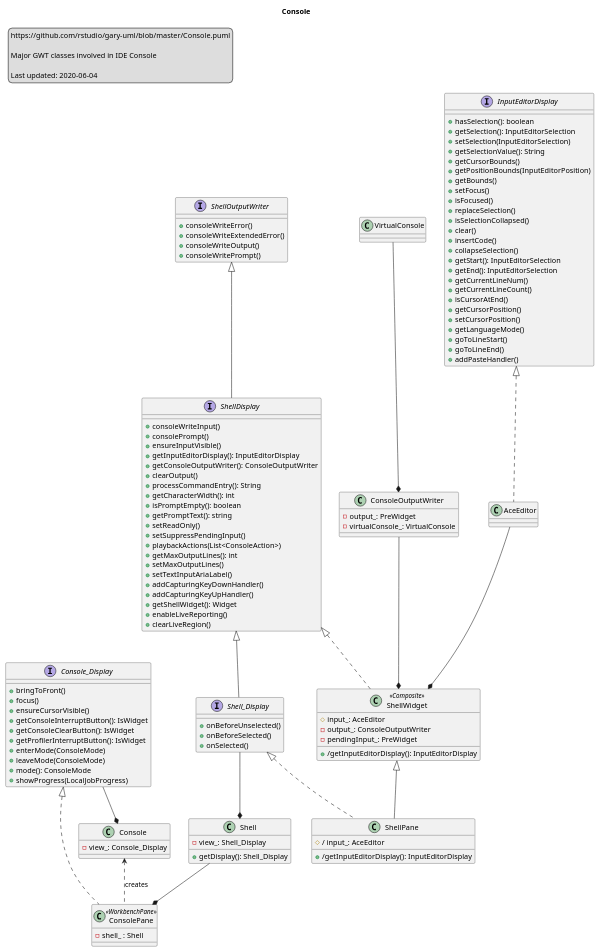
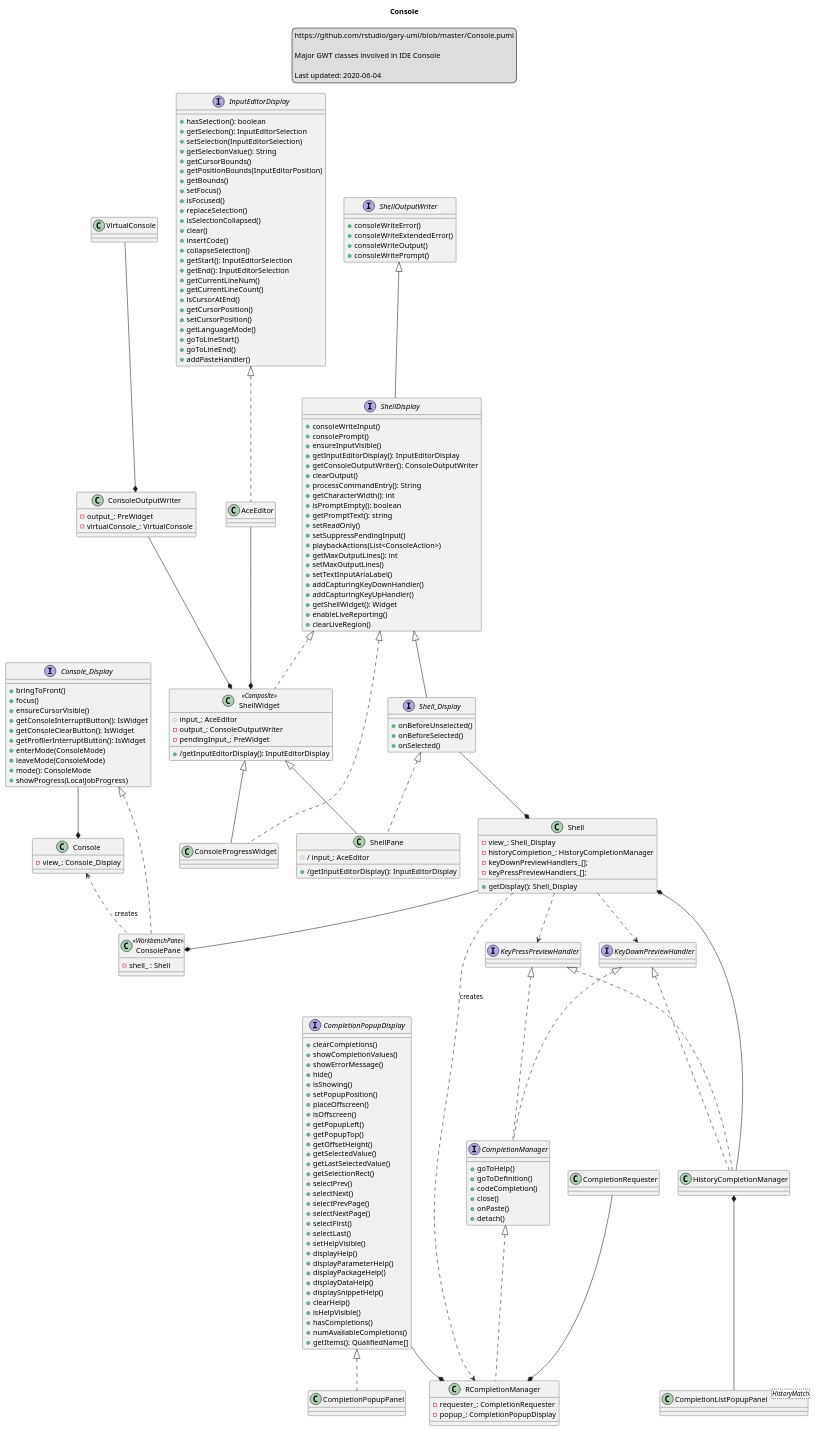
One commit to isabella232/gary-uml changed the diagram in Console.puml. Above: the diagram before and after it, drawn with PlantUML. The commit also changed 3 other files, not shown here.

Commit message:
update Console diagram with more details

```diff
--- a/Console.puml
+++ b/Console.puml
@@ -1,7 +1,7 @@
 @startuml
 title Console
 
-legend top left
+legend top
 https://github.com/rstudio/gary-uml/blob/master/Console.puml
 
 Major GWT classes involved in IDE Console
@@ -104,6 +104,9 @@
 
 class Shell {
     - view_: Shell_Display
+    - historyCompletion_: HistoryCompletionManager
+    - keyDownPreviewHandlers_[];
+    - keyPressPreviewHandlers_[];
     + getDisplay(): Shell_Display
 }
 
@@ -137,9 +140,92 @@
 class AceEditor
 InputEditorDisplay <|.. AceEditor
 
+class ConsoleProgressWidget
+ShellWidget <|-- ConsoleProgressWidget
+ShellDisplay <|.. ConsoleProgressWidget
+
 AceEditor --* ShellWidget
 ConsoleOutputWriter --* ShellWidget
 Console <.. ConsolePane : creates
 
+' Completion features
+'''''''''''''''''''''''''''''''''''
+
+class CompletionRequester
+
+interface KeyDownPreviewHandler
+interface KeyPressPreviewHandler
+
+interface CompletionManager {
+   + goToHelp()
+   + goToDefinition()
+   + codeCompletion()
+   + close()
+   + onPaste()
+   + detach()
+}
+
+KeyDownPreviewHandler <|.. CompletionManager
+KeyPressPreviewHandler <|.. CompletionManager
+
+class RCompletionManager {
+    - requester_: CompletionRequester
+    - popup_: CompletionPopupDisplay
+}
+CompletionManager <|.. RCompletionManager
+
+CompletionRequester --* RCompletionManager
+
+interface CompletionPopupDisplay {
+    + clearCompletions()
+    + showCompletionValues()
+    + showErrorMessage()
+    + hide()
+    + isShowing()
+    + setPopupPosition()
+    + placeOffscreen()
+    + isOffscreen()
+    + getPopupLeft()
+    + getPopupTop()
+    + getOffsetHeight()
+    + getSelectedValue()
+    + getLastSelectedValue()
+    + getSelectionRect()
+    + selectPrev()
+    + selectNext()
+    + selectPrevPage()
+    + selectNextPage()
+    + selectFirst()
+    + selectLast()
+    + setHelpVisible()
+    + displayHelp()
+    + displayParameterHelp()
+    + displayPackageHelp()
+    + displayDataHelp()
+    + displaySnippetHelp()
+    + clearHelp()
+    + isHelpVisible()
+    + hasCompletions()
+    + numAvailableCompletions()
+    + getItems(): QualifiedName[]
+}
+
+class CompletionPopupPanel
+
+CompletionPopupDisplay <|.. CompletionPopupPanel
+
+Shell ..> RCompletionManager: creates
+Shell ..> KeyPressPreviewHandler
+Shell ..> KeyDownPreviewHandler
+Shell *-- HistoryCompletionManager
+
+CompletionPopupDisplay --* RCompletionManager
+
+class HistoryCompletionManager
+KeyDownPreviewHandler <|.. HistoryCompletionManager
+KeyPressPreviewHandler <|.. HistoryCompletionManager
+
+class CompletionListPopupPanel<HistoryMatch>
+HistoryCompletionManager *-- CompletionListPopupPanel
 
 @enduml
```
